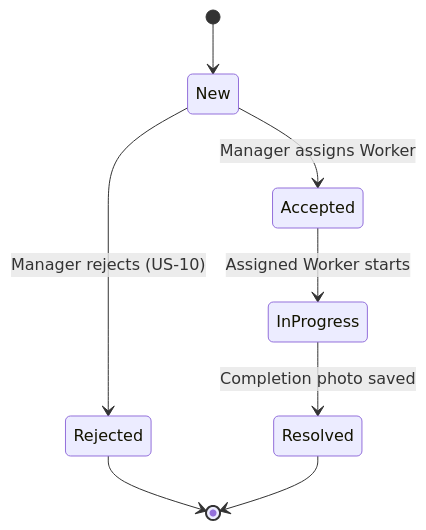
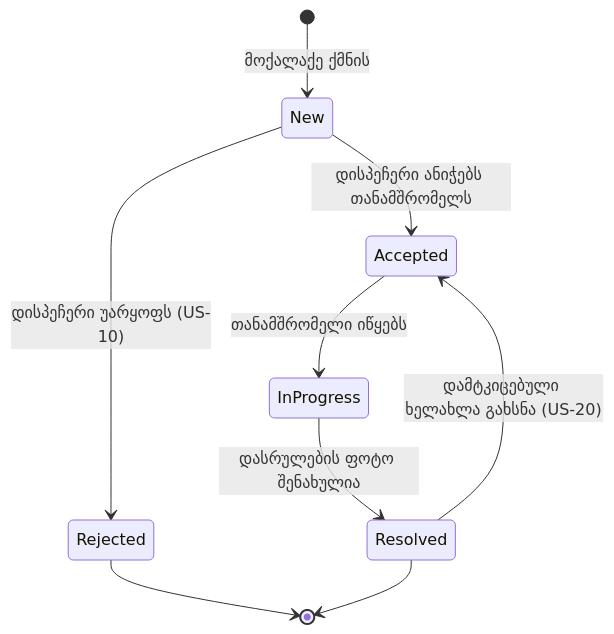
One commit to gigigiorgadze10/fixit changed the second of 3 diagrams in ARCHITECTURE.md. Above: the diagram before and after it, drawn with Mermaid. The commit also changed other lines of this file and 40 other files, not shown here.

Commit message:
Consolidate docs into README, BACKLOG and ARCHITECTURE; switch process to Scrum; fix backlog logic

````diff
--- a/ARCHITECTURE.md
+++ b/ARCHITECTURE.md
@@ -159,10 +257,11 @@
 ```mermaid
 stateDiagram-v2
-  [*] --> New
-  New --> Accepted: Manager assigns Worker
-  New --> Rejected: Manager rejects (US-10)
-  Accepted --> InProgress: Assigned Worker starts
-  InProgress --> Resolved: Completion photo saved
+  [*] --> New: მოქალაქე ქმნის
+  New --> Accepted: დისპეჩერი ანიჭებს თანამშრომელს
+  New --> Rejected: დისპეჩერი უარყოფს (US-10)
+  Accepted --> InProgress: თანამშრომელი იწყებს
+  InProgress --> Resolved: დასრულების ფოტო შენახულია
+  Resolved --> Accepted: დამტკიცებული ხელახლა გახსნა (US-20)
   Rejected --> [*]
   Resolved --> [*]
 ```
````
